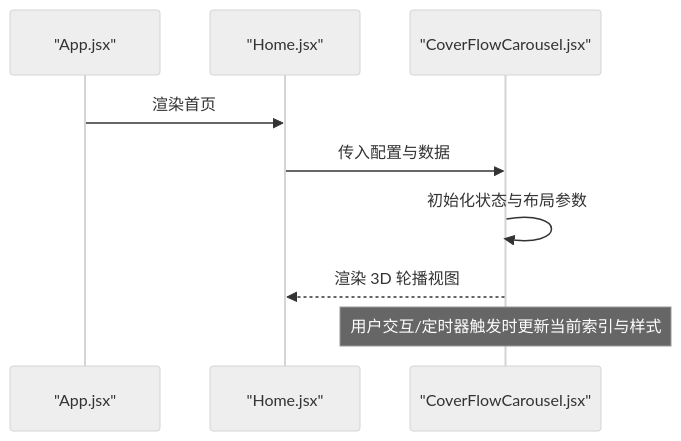
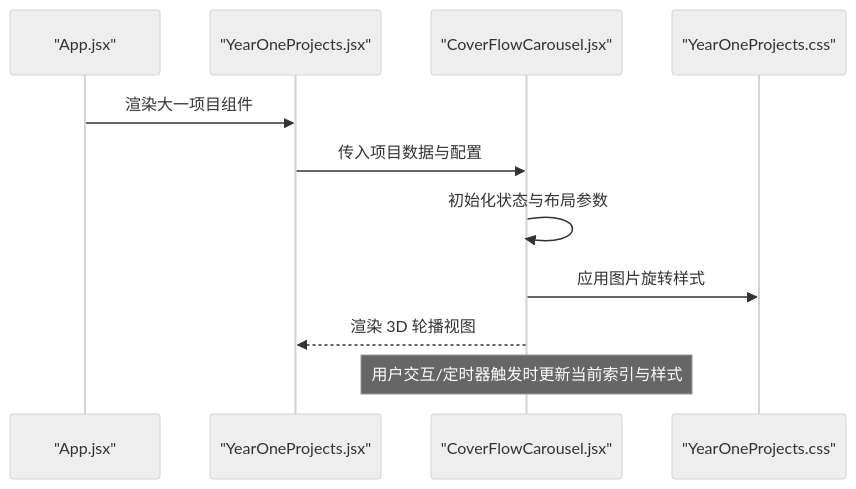
One commit to lithos666/lithos666.github.io changed the second of 7 diagrams in .qoder/repowiki/zh/content/UI组件库/封面流轮播组件.md. Above: the diagram before and after it, drawn with Mermaid (neutral theme). The commit also changed other lines of this file and 51 other files, not shown here.

````diff
--- a/.qoder/repowiki/zh/content/UI组件库/封面流轮播组件.md
+++ b/.qoder/repowiki/zh/content/UI组件库/封面流轮播组件.md
@@ -60,11 +76,13 @@
 ```mermaid
 sequenceDiagram
 participant App as "App.jsx"
-participant Home as "Home.jsx"
+participant YearOne as "YearOneProjects.jsx"
 participant Carousel as "CoverFlowCarousel.jsx"
-App->>Home : 渲染首页
-Home->>Carousel : 传入配置与数据
+participant CSS as "YearOneProjects.css"
+App->>YearOne : 渲染大一项目组件
+YearOne->>Carousel : 传入项目数据与配置
 Carousel->>Carousel : 初始化状态与布局参数
-Carousel-->>Home : 渲染 3D 轮播视图
+Carousel->>CSS : 应用图片旋转样式
+Carousel-->>YearOne : 渲染 3D 轮播视图
 Note over Carousel : 用户交互/定时器触发时更新当前索引与样式
 ```
````
